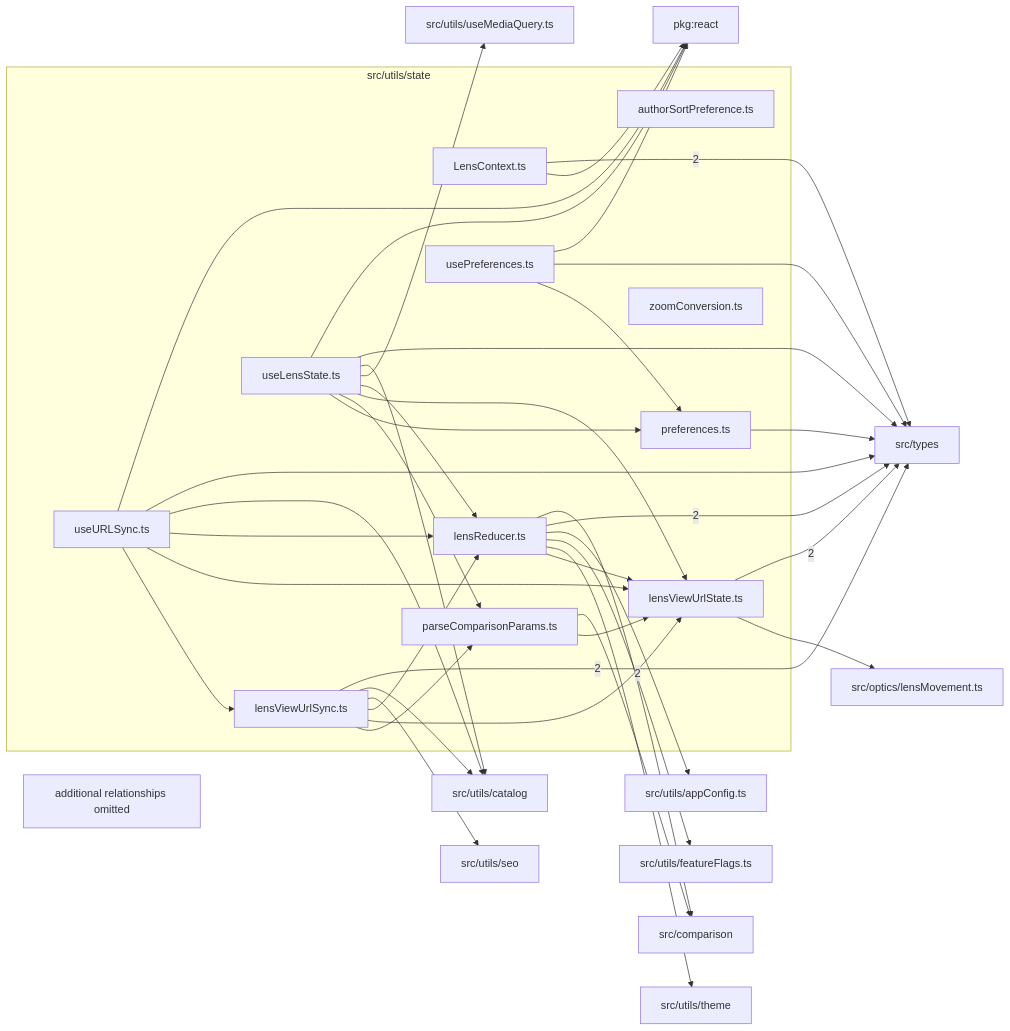
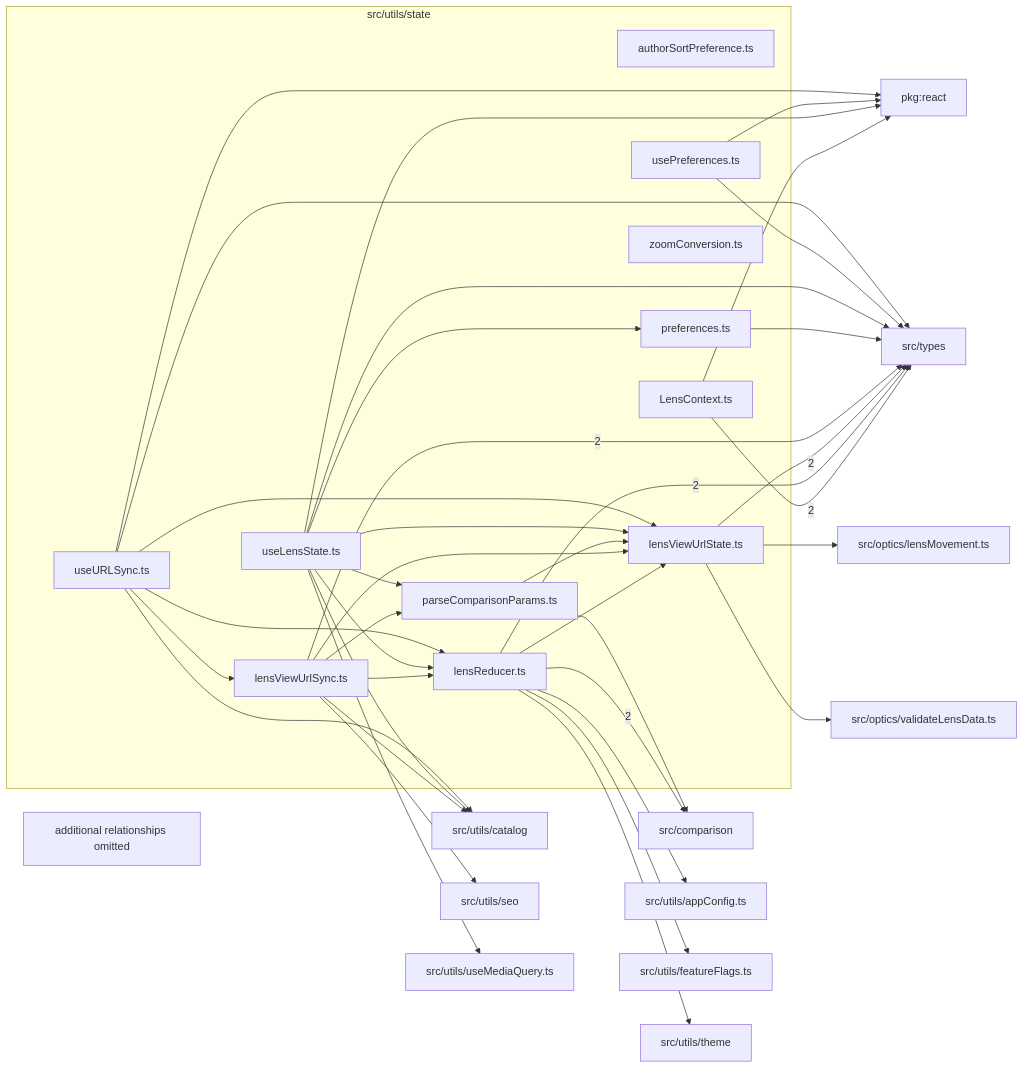
The diagram in src/utils/state/readme.md (ronbuening/LensVisualizer), drawn with Mermaid before and after one commit. The commit also changed other lines of this file and 3 other files, not shown here.

````diff
--- a/src/utils/state/readme.md
+++ b/src/utils/state/readme.md
@@ -9,63 +9,64 @@
 ```mermaid
 flowchart LR
   subgraph n_src_utils_state["src/utils/state"]
     n_src_utils_state_src_utils_state_authorSortPreference_ts["authorSortPreference.ts"]
     n_src_utils_state_src_utils_state_LensContext_ts["LensContext.ts"]
     n_src_utils_state_src_utils_state_lensReducer_ts["lensReducer.ts"]
     n_src_utils_state_src_utils_state_lensViewUrlState_ts["lensViewUrlState.ts"]
     n_src_utils_state_src_utils_state_lensViewUrlSync_ts["lensViewUrlSync.ts"]
     n_src_utils_state_src_utils_state_parseComparisonParams_ts["parseComparisonParams.ts"]
     n_src_utils_state_src_utils_state_preferences_ts["preferences.ts"]
     n_src_utils_state_src_utils_state_useLensState_ts["useLensState.ts"]
     n_src_utils_state_src_utils_state_usePreferences_ts["usePreferences.ts"]
     n_src_utils_state_src_utils_state_useURLSync_ts["useURLSync.ts"]
     n_src_utils_state_src_utils_state_zoomConversion_ts["zoomConversion.ts"]
   end
   n_external_src_comparison["src/comparison"]
   n_external_src_types["src/types"]
   n_external_pkg_react["pkg:react"]
   n_external_src_optics_lensMovement_ts["src/optics/lensMovement.ts"]
+  n_external_src_optics_validateLensData_ts["src/optics/validateLensData.ts"]
   n_external_src_utils_appConfig_ts["src/utils/appConfig.ts"]
   n_external_src_utils_catalog["src/utils/catalog"]
   n_external_src_utils_featureFlags_ts["src/utils/featureFlags.ts"]
   n_external_src_utils_seo["src/utils/seo"]
   n_external_src_utils_theme["src/utils/theme"]
   n_external_src_utils_useMediaQuery_ts["src/utils/useMediaQuery.ts"]
   n_src_utils_state_src_utils_state_lensReducer_ts --> |2| n_external_src_comparison
   n_src_utils_state_src_utils_state_LensContext_ts --> |2| n_external_src_types
   n_src_utils_state_src_utils_state_lensReducer_ts --> |2| n_external_src_types
   n_src_utils_state_src_utils_state_lensViewUrlState_ts --> |2| n_external_src_types
   n_src_utils_state_src_utils_state_lensViewUrlSync_ts --> |2| n_external_src_types
   n_src_utils_state_src_utils_state_LensContext_ts --> n_external_pkg_react
   n_src_utils_state_src_utils_state_useLensState_ts --> n_external_pkg_react
   n_src_utils_state_src_utils_state_usePreferences_ts --> n_external_pkg_react
   n_src_utils_state_src_utils_state_useURLSync_ts --> n_external_pkg_react
   n_src_utils_state_src_utils_state_parseComparisonParams_ts --> n_external_src_comparison
   n_src_utils_state_src_utils_state_lensViewUrlState_ts --> n_external_src_optics_lensMovement_ts
+  n_src_utils_state_src_utils_state_lensViewUrlState_ts --> n_external_src_optics_validateLensData_ts
   n_src_utils_state_src_utils_state_preferences_ts --> n_external_src_types
   n_src_utils_state_src_utils_state_useLensState_ts --> n_external_src_types
   n_src_utils_state_src_utils_state_usePreferences_ts --> n_external_src_types
   n_src_utils_state_src_utils_state_useURLSync_ts --> n_external_src_types
   n_src_utils_state_src_utils_state_lensReducer_ts --> n_external_src_utils_appConfig_ts
   n_src_utils_state_src_utils_state_lensViewUrlSync_ts --> n_external_src_utils_catalog
   n_src_utils_state_src_utils_state_useLensState_ts --> n_external_src_utils_catalog
   n_src_utils_state_src_utils_state_useURLSync_ts --> n_external_src_utils_catalog
   n_src_utils_state_src_utils_state_lensReducer_ts --> n_external_src_utils_featureFlags_ts
   n_src_utils_state_src_utils_state_lensViewUrlSync_ts --> n_external_src_utils_seo
   n_src_utils_state_src_utils_state_lensReducer_ts --> n_external_src_utils_theme
   n_src_utils_state_src_utils_state_useLensState_ts --> n_external_src_utils_useMediaQuery_ts
   n_src_utils_state_src_utils_state_lensViewUrlSync_ts --> n_src_utils_state_src_utils_state_lensReducer_ts
   n_src_utils_state_src_utils_state_useLensState_ts --> n_src_utils_state_src_utils_state_lensReducer_ts
   n_src_utils_state_src_utils_state_useURLSync_ts --> n_src_utils_state_src_utils_state_lensReducer_ts
   n_src_utils_state_src_utils_state_lensReducer_ts --> n_src_utils_state_src_utils_state_lensViewUrlState_ts
   n_src_utils_state_src_utils_state_lensViewUrlSync_ts --> n_src_utils_state_src_utils_state_lensViewUrlState_ts
   n_src_utils_state_src_utils_state_parseComparisonParams_ts --> n_src_utils_state_src_utils_state_lensViewUrlState_ts
   n_src_utils_state_src_utils_state_useLensState_ts --> n_src_utils_state_src_utils_state_lensViewUrlState_ts
   n_src_utils_state_src_utils_state_useURLSync_ts --> n_src_utils_state_src_utils_state_lensViewUrlState_ts
   n_src_utils_state_src_utils_state_useURLSync_ts --> n_src_utils_state_src_utils_state_lensViewUrlSync_ts
   n_src_utils_state_src_utils_state_lensViewUrlSync_ts --> n_src_utils_state_src_utils_state_parseComparisonParams_ts
   n_src_utils_state_src_utils_state_useLensState_ts --> n_src_utils_state_src_utils_state_parseComparisonParams_ts
   n_src_utils_state_src_utils_state_useLensState_ts --> n_src_utils_state_src_utils_state_preferences_ts
-  n_src_utils_state_src_utils_state_usePreferences_ts --> n_src_utils_state_src_utils_state_preferences_ts
   n_src_utils_state_truncated["additional relationships omitted"]
 ```
````
